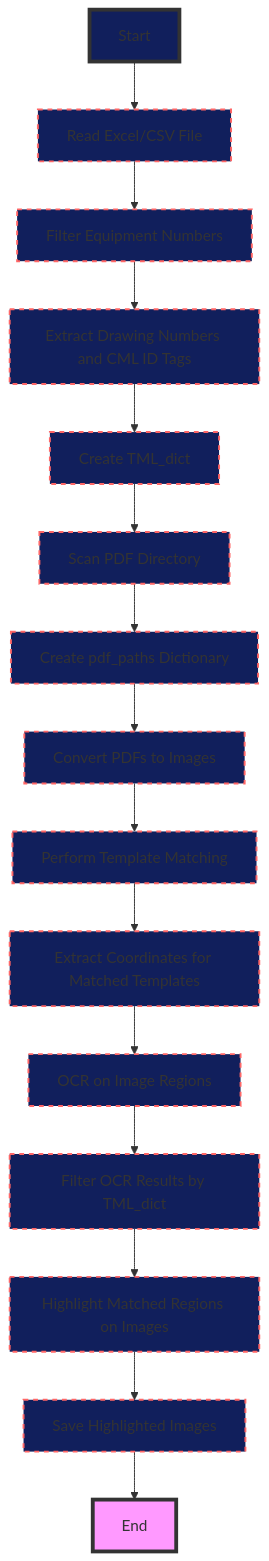
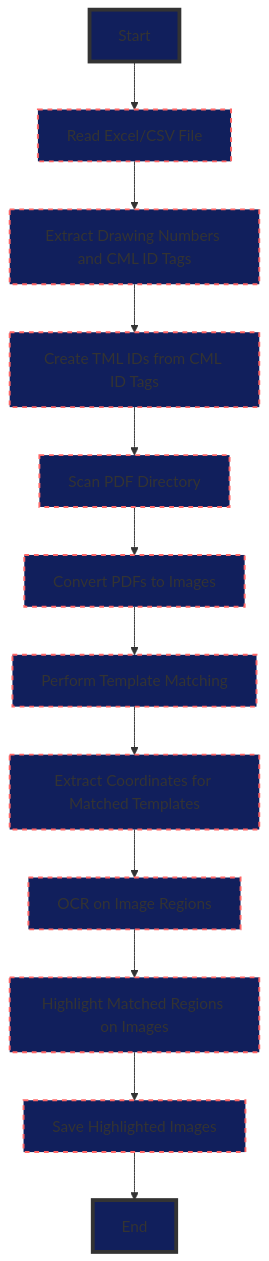
The diagram in README.md (brajrajnagar/superagi), drawn with Mermaid before and after one commit. The commit also changed other lines of this file, not shown here.

````diff
--- a/README.md
+++ b/README.md
@@ -17,33 +17,27 @@
 ```mermaid
 graph TD
     A[Start] --> B[Read Excel/CSV File]
-    B --> C[Filter Equipment Numbers]
-    C --> D[Extract Drawing Numbers and CML ID Tags]
-    D --> E[Create TML_dict]
-    E --> F[Scan PDF Directory]
-    F --> G[Create pdf_paths Dictionary]
-    G --> H[Convert PDFs to Images]
-    H --> I[Perform Template Matching]
-    I --> J[Extract Coordinates for Matched Templates]
-    J --> K[OCR on Image Regions]
-    K --> L[Filter OCR Results by TML_dict]
-    L --> M[Highlight Matched Regions on Images]
-    M --> N[Save Highlighted Images]
-    N --> O[End]
+    B --> C[Extract Drawing Numbers and CML ID Tags]
+    C --> D[Create TML IDs from CML ID Tags]
+    D --> E[Scan PDF Directory]
+    E --> F[Convert PDFs to Images]
+    F --> G[Perform Template Matching]
+    G --> H[Extract Coordinates for Matched Templates]
+    H --> I[OCR on Image Regions]
+    I --> J[Highlight Matched Regions on Images]
+    J --> K[Save Highlighted Images]
+    K --> L[End]
 
     style A fill:#111f5c,stroke:#333,stroke-width:4px
     style B fill:#111f5c,stroke:#f66,stroke-width:2px,stroke-dasharray: 5, 5
     style C fill:#111f5c,stroke:#f66,stroke-width:2px,stroke-dasharray: 5, 5
     style D fill:#111f5c,stroke:#f66,stroke-width:2px,stroke-dasharray: 5, 5
     style E fill:#111f5c,stroke:#f66,stroke-width:2px,stroke-dasharray: 5, 5
     style F fill:#111f5c,stroke:#f66,stroke-width:2px,stroke-dasharray: 5, 5
     style G fill:#111f5c,stroke:#f66,stroke-width:2px,stroke-dasharray: 5, 5
     style H fill:#111f5c,stroke:#f66,stroke-width:2px,stroke-dasharray: 5, 5
     style I fill:#111f5c,stroke:#f66,stroke-width:2px,stroke-dasharray: 5, 5
     style J fill:#111f5c,stroke:#f66,stroke-width:2px,stroke-dasharray: 5, 5
     style K fill:#111f5c,stroke:#f66,stroke-width:2px,stroke-dasharray: 5, 5
-    style L fill:#111f5c,stroke:#f66,stroke-width:2px,stroke-dasharray: 5, 5
-    style M fill:#111f5c,stroke:#f66,stroke-width:2px,stroke-dasharray: 5, 5
-    style N fill:#111f5c,stroke:#f66,stroke-width:2px,stroke-dasharray: 5, 5
-    style O fill:#f9f,stroke:#333,stroke-width:4px
+    style L fill:#111f5c,stroke:#333,stroke-width:4px
 ```
````
